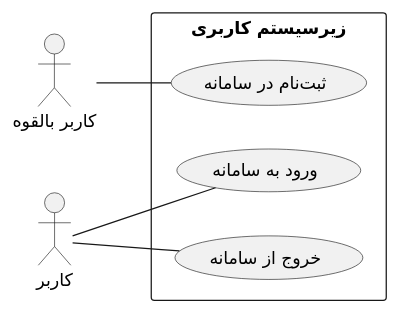
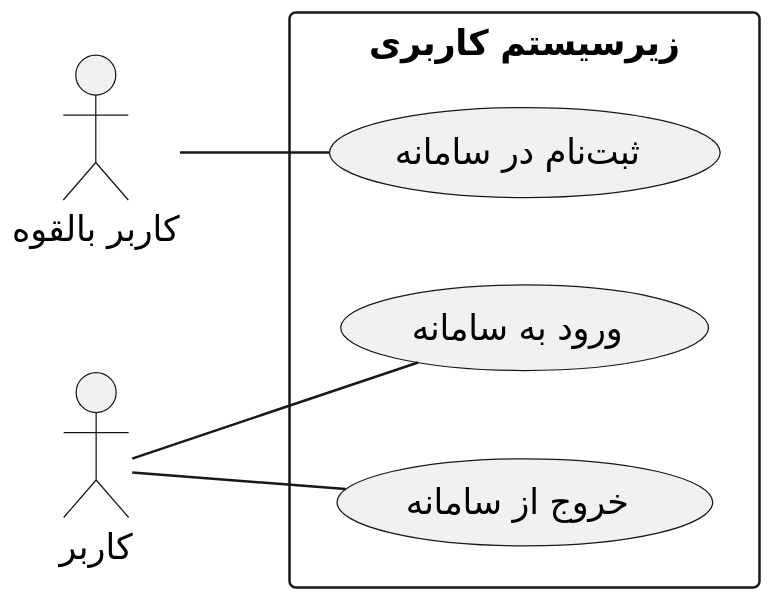
Before and after one commit to soleyman79/Qasedak: the diagram in PlantUML/Usecase Diagram/1_UserSubsystem.puml, drawn with PlantUML. The commit also changed 2 other files, not shown here.

Commit message:
Fixed the font, added inheritance and moved time

```diff
--- a/PlantUML/Usecase Diagram/1_UserSubsystem.puml
+++ b/PlantUML/Usecase Diagram/1_UserSubsystem.puml
@@ -1,17 +1,19 @@
 @startuml user_subsystem
+scale 2
 left to right direction
+skinparam defaultFontName B Nazanin
 
 rectangle "زیرسیستم کاربری"{
     usecase "ثبت‌نام در سامانه" as signup
     usecase "ورود به سامانه" as login
     usecase "خروج از سامانه" as logout
 }
 
 actor "کاربر بالقوه" as defactoUser
 actor "کاربر" as user
 
 defactoUser -- signup
 user -- login
 user -- logout
 
 @enduml
```
